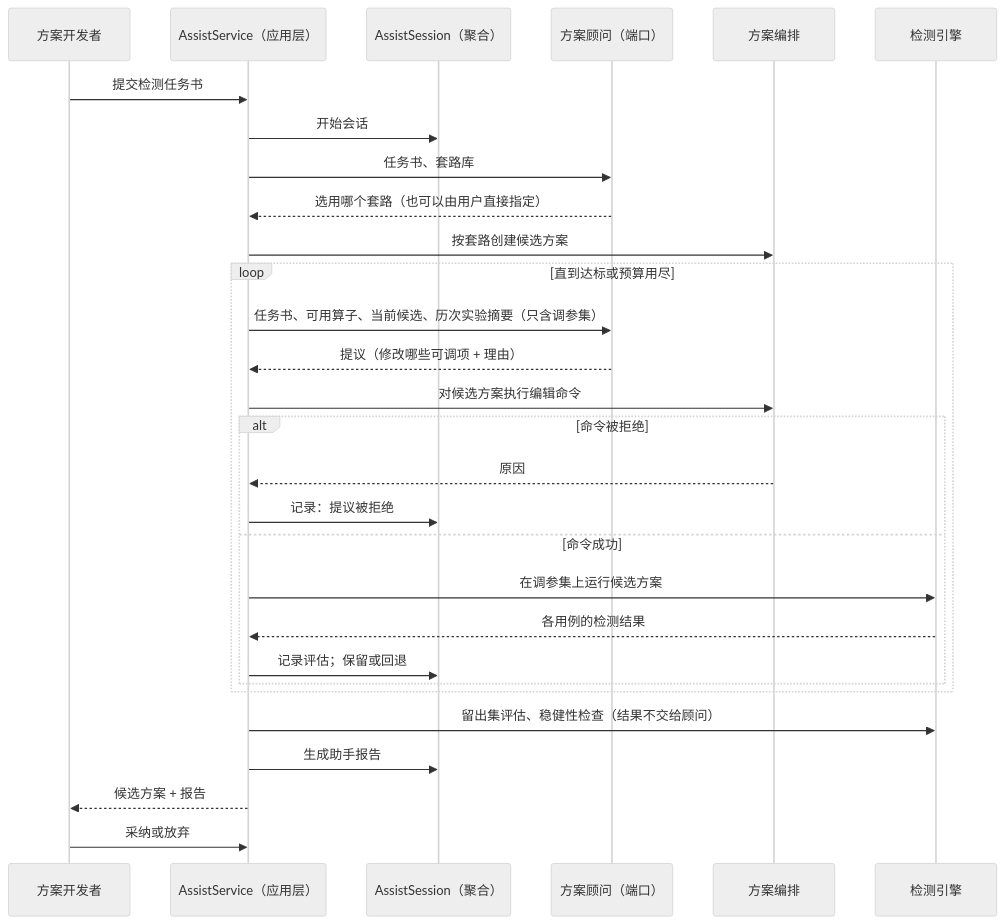
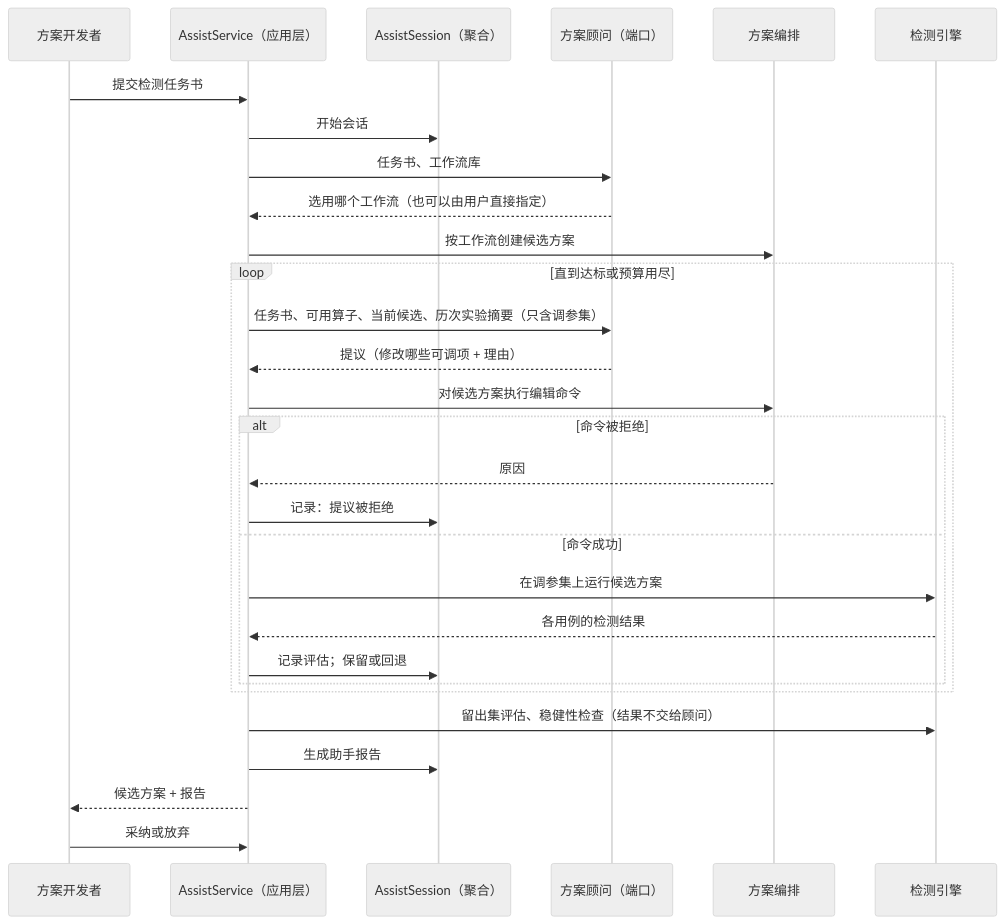
One commit to lijilin12-coder/vision-platform changed the second of 2 diagrams in docs/ddd/07-recipe-assistant.md. Above: the diagram before and after it, drawn with Mermaid (neutral theme). The commit also changed other lines of this file and 9 other files, not shown here.

````diff
--- a/docs/ddd/07-recipe-assistant.md
+++ b/docs/ddd/07-recipe-assistant.md
@@ -260,32 +260,32 @@
 ```mermaid
 sequenceDiagram
     participant D as 方案开发者
     participant A as AssistService（应用层）
     participant S as AssistSession（聚合）
     participant V as 方案顾问（端口）
     participant E as 方案编排
     participant X as 检测引擎
 
     D->>A: 提交检测任务书
     A->>S: 开始会话
-    A->>V: 任务书、套路库
-    V-->>A: 选用哪个套路（也可以由用户直接指定）
-    A->>E: 按套路创建候选方案
+    A->>V: 任务书、工作流库
+    V-->>A: 选用哪个工作流（也可以由用户直接指定）
+    A->>E: 按工作流创建候选方案
     loop 直到达标或预算用尽
         A->>V: 任务书、可用算子、当前候选、历次实验摘要（只含调参集）
         V-->>A: 提议（修改哪些可调项 + 理由）
         A->>E: 对候选方案执行编辑命令
         alt 命令被拒绝
             E-->>A: 原因
             A->>S: 记录：提议被拒绝
         else 命令成功
             A->>X: 在调参集上运行候选方案
             X-->>A: 各用例的检测结果
             A->>S: 记录评估；保留或回退
         end
     end
     A->>X: 留出集评估、稳健性检查（结果不交给顾问）
     A->>S: 生成助手报告
     A-->>D: 候选方案 + 报告
     D->>A: 采纳或放弃
 ```
````
